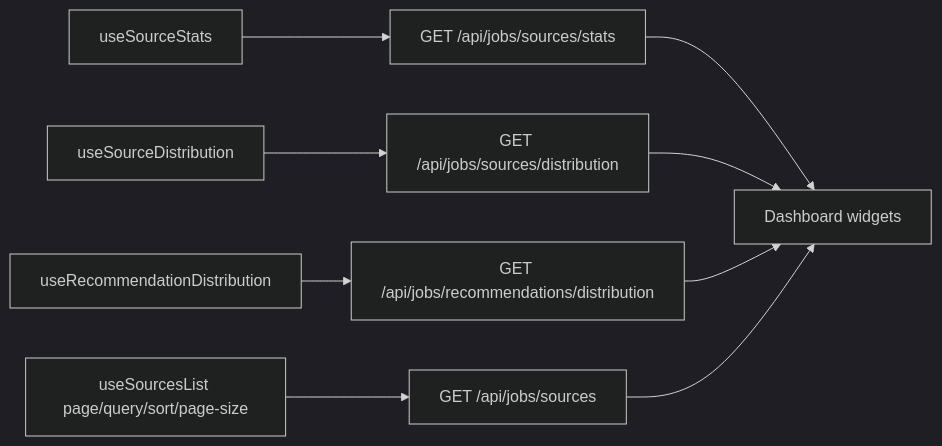
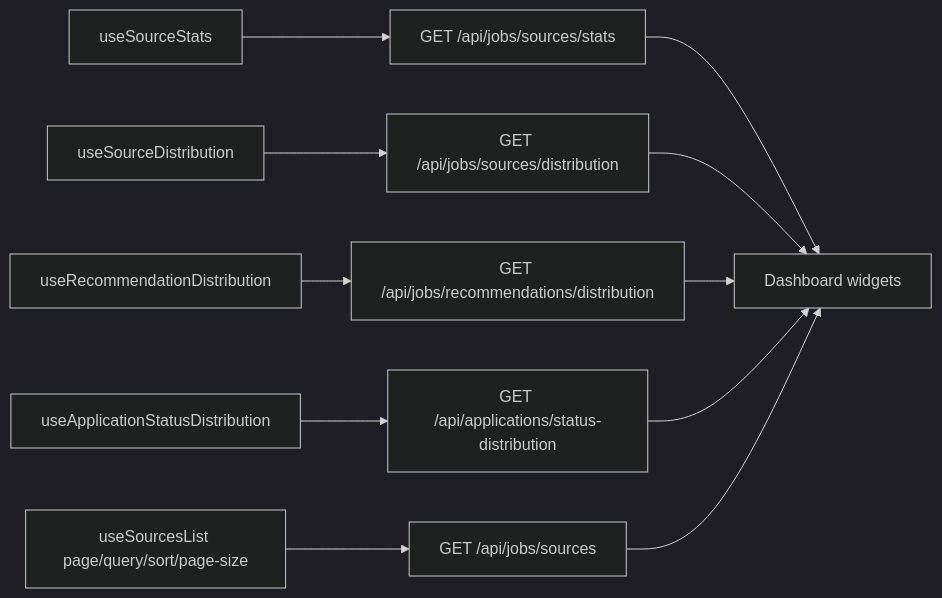
One commit to hassan-mohagheghian/job-flow changed the diagram in docs/ux/features/dashboard/page.md. Above: the diagram before and after it, drawn with Mermaid (dark theme). The commit also changed other lines of this file and 43 other files, not shown here.

First line of the commit message:
feat(dashboard): add application status chart and use 10-row pages

````diff
--- a/docs/ux/features/dashboard/page.md
+++ b/docs/ux/features/dashboard/page.md
@@ -105,8 +136,9 @@
 ```mermaid
 flowchart LR
   A[useSourceStats] --> B[GET /api/jobs/sources/stats]
   C[useSourceDistribution] --> D[GET /api/jobs/sources/distribution]
   R[useRecommendationDistribution] --> P[GET /api/jobs/recommendations/distribution]
+  S[useApplicationStatusDistribution] --> T[GET /api/applications/status-distribution]
   E[useSourcesList page/query/sort/page-size] --> F[GET /api/jobs/sources]
-  B & D & P & F --> G[Dashboard widgets]
+  B & D & P & T & F --> G[Dashboard widgets]
 ```
````
